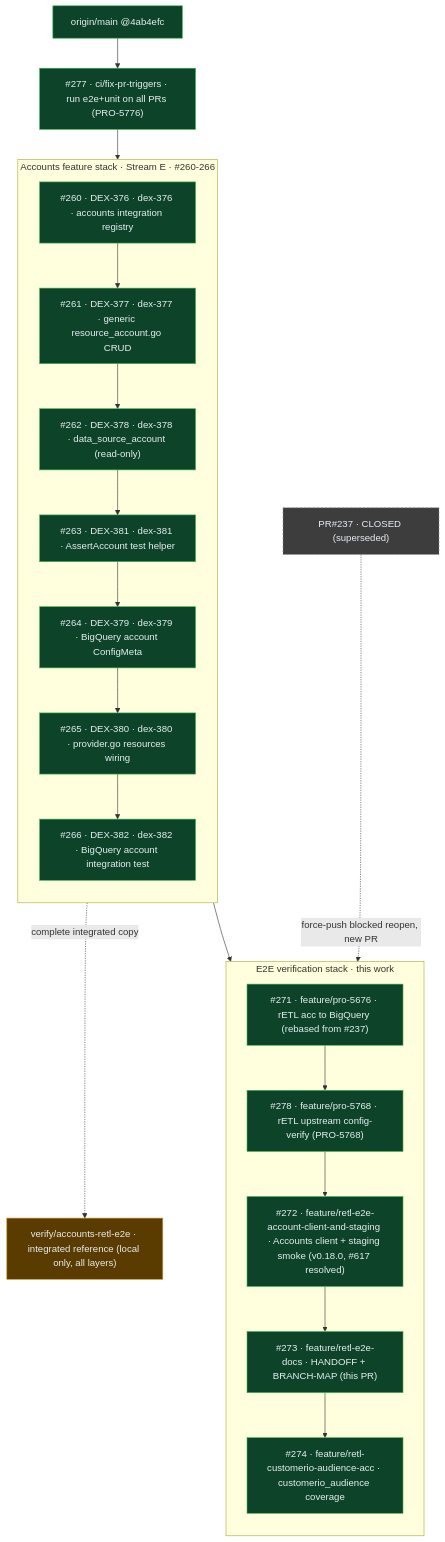
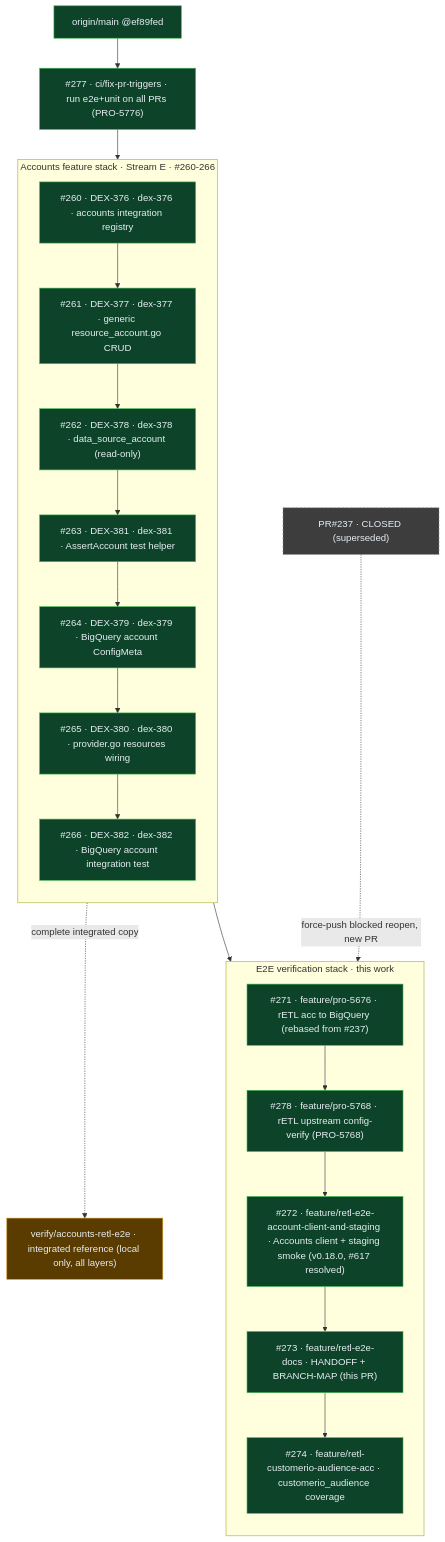
One commit to rudderlabs/terraform-provider-rudderstack changed the second of 2 diagrams in test/e2e/staging/BRANCH-MAP.md. Above: the diagram before and after it, drawn with Mermaid. The commit also changed other lines of this file, not shown here.

````diff
--- a/test/e2e/staging/BRANCH-MAP.md
+++ b/test/e2e/staging/BRANCH-MAP.md
@@ -42,39 +46,39 @@
 ```mermaid
 flowchart TD
-  main["origin/main @4ab4efc"]:::remote
+  main["origin/main @ef89fed"]:::remote
 
   subgraph ACC["Accounts feature stack · Stream E · #260-266"]
     direction TB
     d376["#260 · DEX-376 · dex-376 · accounts integration registry"]:::remote
     d377["#261 · DEX-377 · dex-377 · generic resource_account.go CRUD"]:::remote
     d378["#262 · DEX-378 · dex-378 · data_source_account (read-only)"]:::remote
     d381["#263 · DEX-381 · dex-381 · AssertAccount test helper"]:::remote
     d379["#264 · DEX-379 · dex-379 · BigQuery account ConfigMeta"]:::remote
     d380["#265 · DEX-380 · dex-380 · provider.go resources wiring"]:::remote
     d382["#266 · DEX-382 · dex-382 · BigQuery account integration test"]:::remote
     d376 --> d377 --> d378 --> d381 --> d379 --> d380 --> d382
   end
 
   subgraph VER["E2E verification stack · this work"]
     direction TB
     pr1["#271 · feature/pro-5676 · rETL acc to BigQuery (rebased from #237)"]:::remote
     pcv["#278 · feature/pro-5768 · rETL upstream config-verify (PRO-5768)"]:::remote
     pr2["#272 · feature/retl-e2e-account-client-and-staging · Accounts client + staging smoke (v0.18.0, #617 resolved)"]:::remote
     pr3["#273 · feature/retl-e2e-docs · HANDOFF + BRANCH-MAP (this PR)"]:::remote
     pr4["#274 · feature/retl-customerio-audience-acc · customerio_audience coverage"]:::remote
     pr1 --> pcv --> pr2 --> pr3 --> pr4
   end
 
   ci277["#277 · ci/fix-pr-triggers · run e2e+unit on all PRs (PRO-5776)"]:::remote
   main --> ci277
   ci277 --> d376
   d382 --> pr1
   p237["PR#237 · CLOSED (superseded)"]:::closed
   p237 -. "force-push blocked reopen, new PR" .-> pr1
   verify["verify/accounts-retl-e2e · integrated reference (local only, all layers)"]:::localonly
   d382 -. "complete integrated copy" .-> verify
 
   classDef remote fill:#0d4429,stroke:#3fb950,color:#e6edf3;
   classDef localonly fill:#5a3b00,stroke:#d29922,color:#e6edf3;
   classDef closed fill:#3d3d3d,stroke:#8b949e,color:#e6edf3,stroke-dasharray:4 3;
 ```
````
